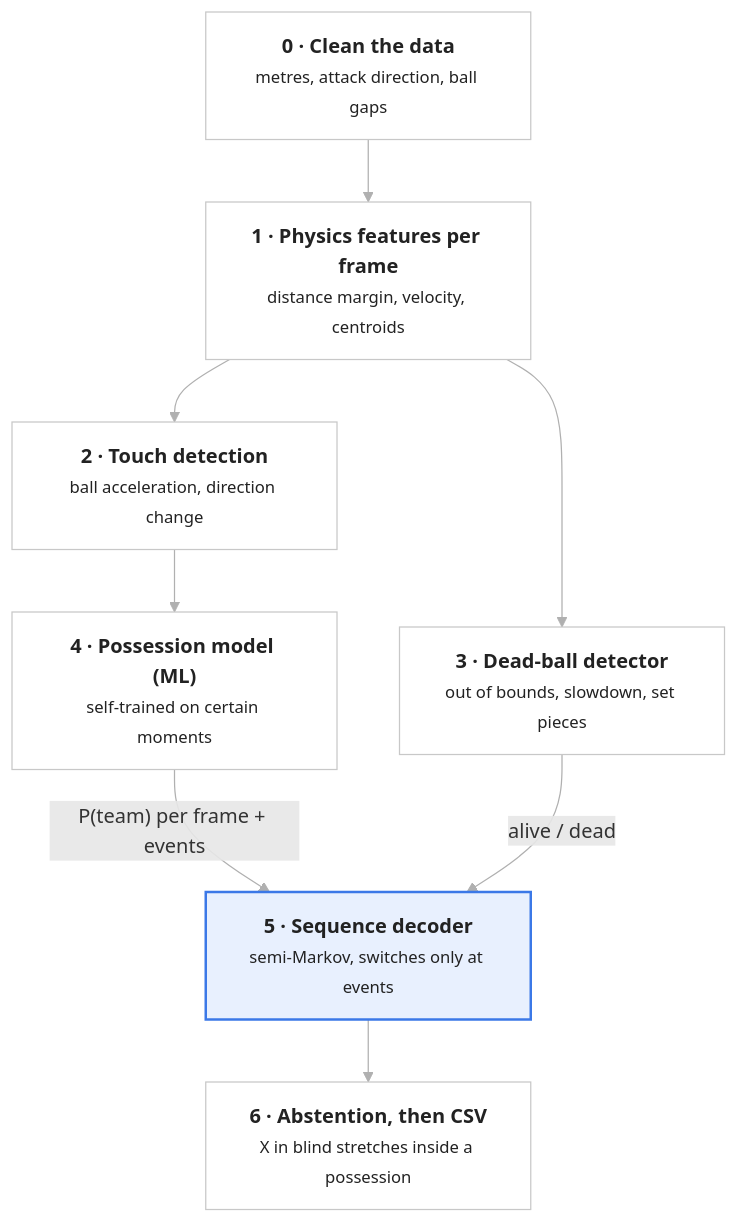
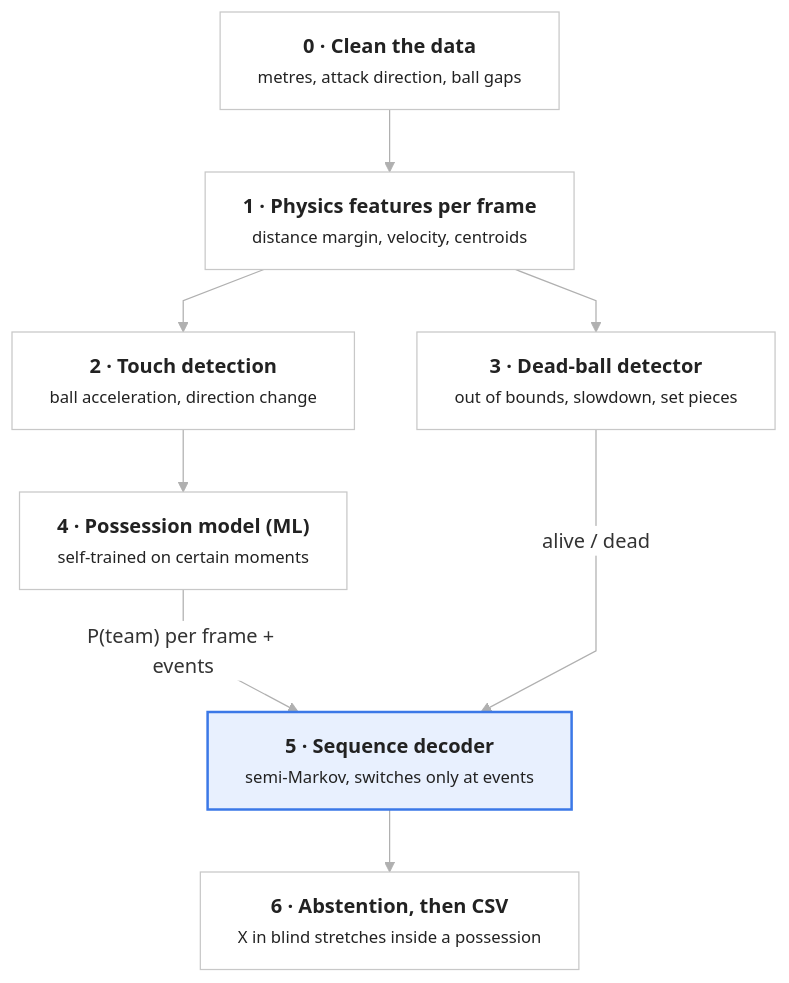
One commit to Xiangxi-Wang-1/mtah_sit- changed the diagram in README.md. Above: the diagram before and after it, drawn with Mermaid.

Commit message:
README: align flow diagram layout
Claude-Session: https://claude.ai/code/session_01Aic4TYLkieMDA6VArBjtWV

````diff
--- a/README.md
+++ b/README.md
@@ -14,24 +14,25 @@
 ```mermaid
+%%{init: {"flowchart": {"wrappingWidth": 420, "curve": "linear"}, "themeVariables": {"edgeLabelBackground": "#ffffff"}}}%%
 flowchart TD
     L0["<b>0 · Clean the data</b><br/><small>metres, attack direction, ball gaps</small>"]
     L1["<b>1 · Physics features per frame</b><br/><small>distance margin, velocity, centroids</small>"]
     L2["<b>2 · Touch detection</b><br/><small>ball acceleration, direction change</small>"]
     L3["<b>3 · Dead-ball detector</b><br/><small>out of bounds, slowdown, set pieces</small>"]
     L4["<b>4 · Possession model (ML)</b><br/><small>self-trained on certain moments</small>"]
     L5["<b>5 · Sequence decoder</b><br/><small>semi-Markov, switches only at events</small>"]
     L6["<b>6 · Abstention, then CSV</b><br/><small>X in blind stretches inside a possession</small>"]
 
     L0 --> L1
     L1 --> L2
     L1 --> L3
     L2 --> L4
     L4 -- "P(team) per frame + events" --> L5
-    L3 -- "alive / dead" --> L5
+    L3 -- "alive / dead" ---> L5
     L5 --> L6
 
     classDef box fill:#ffffff,stroke:#c8c8c8,stroke-width:1px,color:#222222
     classDef focus fill:#e8f0fe,stroke:#3b78e7,stroke-width:2px,color:#222222
     class L0,L1,L2,L3,L4,L6 box
     class L5 focus
     linkStyle default stroke:#b0b0b0,stroke-width:1px
 ```
````
